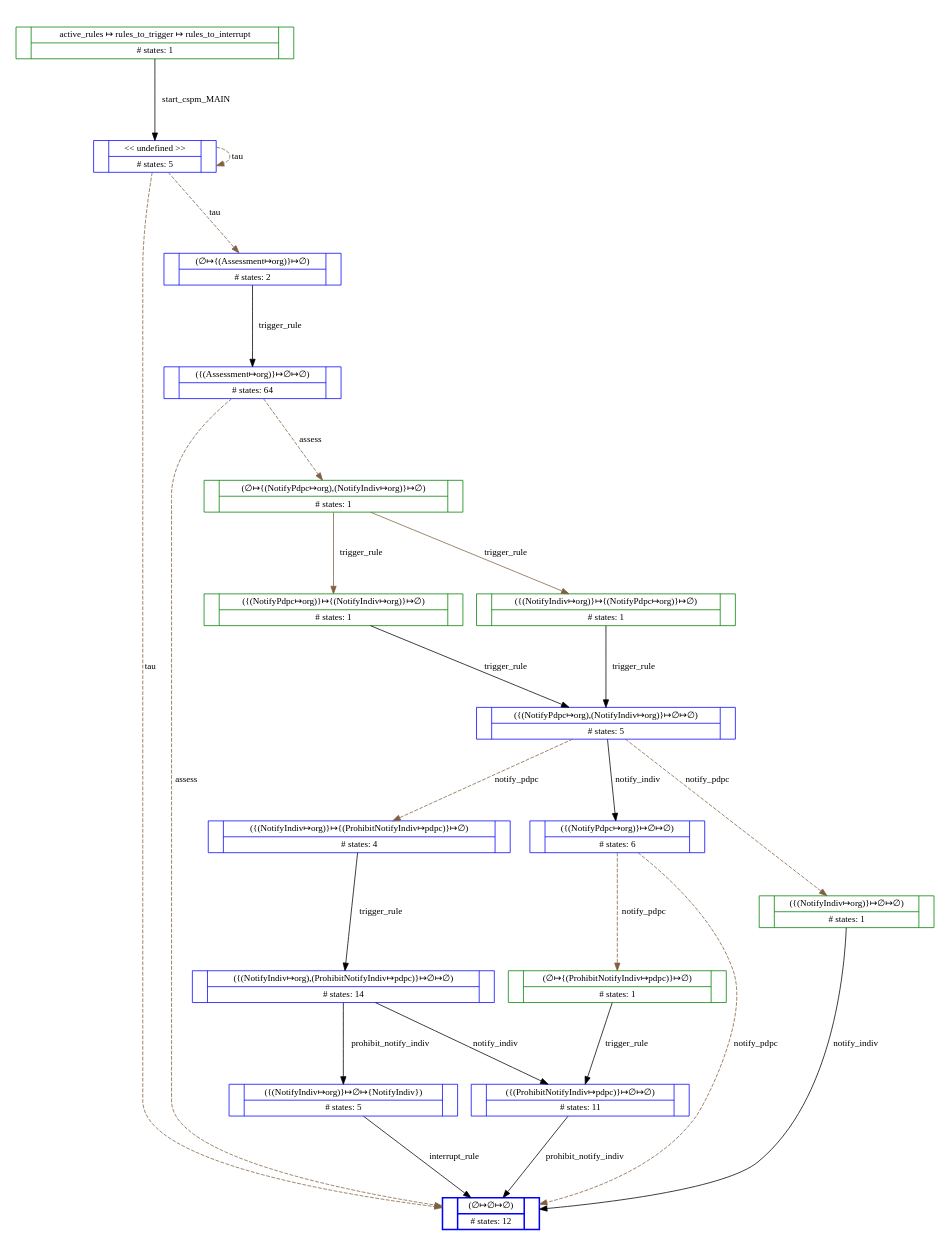
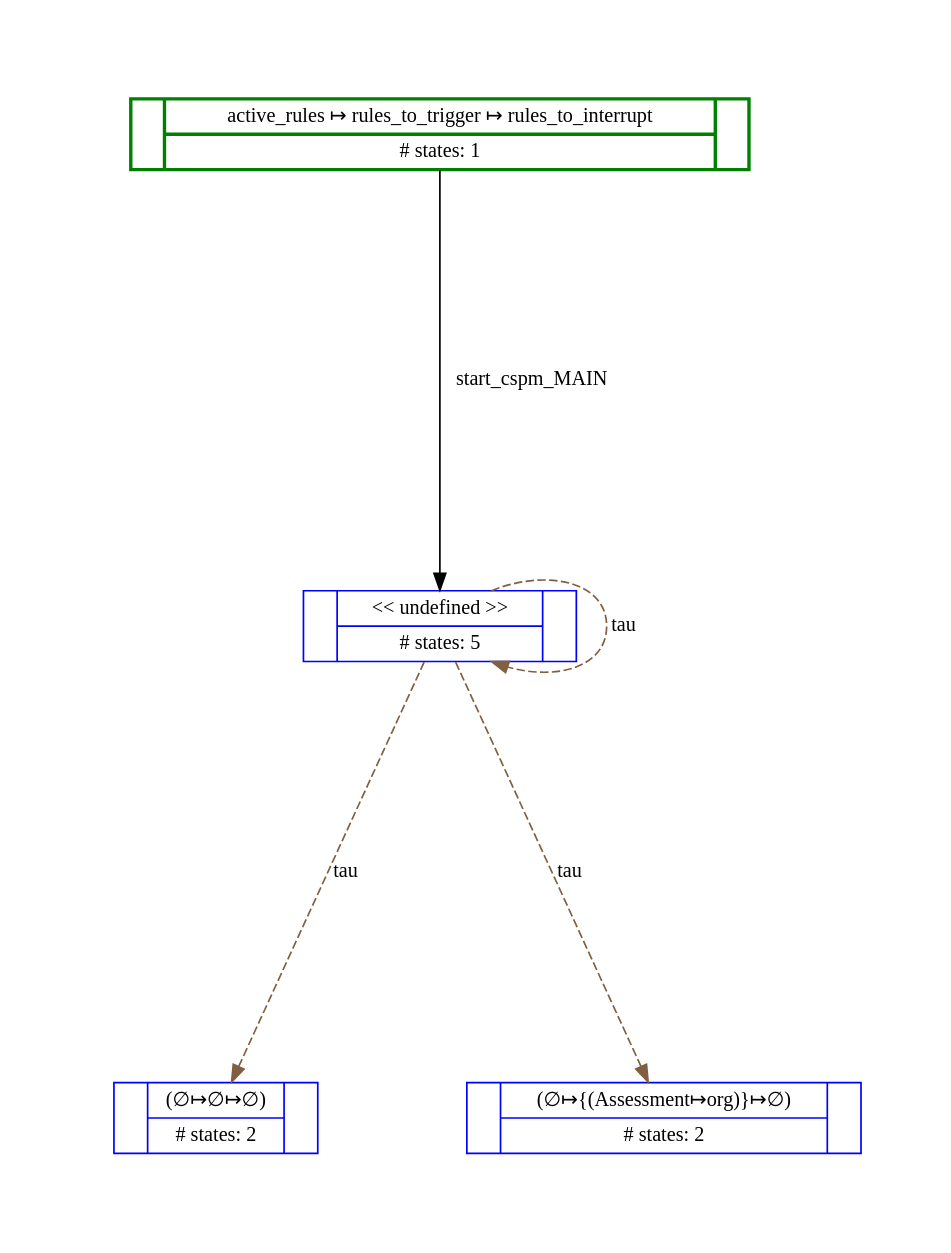
Before and after one commit to smucclaw/sandbox: the diagram in joe/bmethod/prob_projects/classicalb/pdpa/evidence.dot, drawn with Graphviz. The commit also changed 14 other files, not shown here.

```diff
--- a/joe/bmethod/prob_projects/classicalb/pdpa/evidence.dot
+++ b/joe/bmethod/prob_projects/classicalb/pdpa/evidence.dot
@@ -1,44 +1,13 @@
 digraph prob_graph { graph [page="8.5, 11",ratio=fill,size="7.5,10"];
- 1 [shape=record, color="green", fontsize=12, label="|{active_rules &#8614; rules_to_trigger &#8614; rules_to_interrupt\n|# states: 1}|"];
+ 1 [shape=record, style="bold", color="green", fontsize=12, label="|{active_rules &#8614; rules_to_trigger &#8614; rules_to_interrupt\n|# states: 1}|"];
  2 [shape=record, color="blue", fontsize=12, label="|{\<\< undefined \>\>\n|# states: 5}|"];
+ 3 [shape=record, color="blue", fontsize=12, label="|{(&empty;&#8614;&empty;&#8614;&empty;)\n|# states: 2}|"];
  4 [shape=record, color="blue", fontsize=12, label="|{(&empty;&#8614;\{(Assessment&#8614;org)\}&#8614;&empty;)\n|# states: 2}|"];
- 6 [shape=record, color="green", fontsize=12, label="|{(&empty;&#8614;\{(NotifyPdpc&#8614;org),(NotifyIndiv&#8614;org)\}&#8614;&empty;)\n|# states: 1}|"];
- 7 [shape=record, color="green", fontsize=12, label="|{(\{(NotifyPdpc&#8614;org)\}&#8614;\{(NotifyIndiv&#8614;org)\}&#8614;&empty;)\n|# states: 1}|"];
- 8 [shape=record, color="green", fontsize=12, label="|{(\{(NotifyIndiv&#8614;org)\}&#8614;\{(NotifyPdpc&#8614;org)\}&#8614;&empty;)\n|# states: 1}|"];
- 9 [shape=record, color="blue", fontsize=12, label="|{(\{(NotifyPdpc&#8614;org),(NotifyIndiv&#8614;org)\}&#8614;&empty;&#8614;&empty;)\n|# states: 5}|"];
- 10 [shape=record, color="blue", fontsize=12, label="|{(\{(NotifyIndiv&#8614;org)\}&#8614;\{(ProhibitNotifyIndiv&#8614;pdpc)\}&#8614;&empty;)\n|# states: 4}|"];
- 12 [shape=record, color="green", fontsize=12, label="|{(\{(NotifyIndiv&#8614;org)\}&#8614;&empty;&#8614;&empty;)\n|# states: 1}|"];
- 11 [shape=record, color="blue", fontsize=12, label="|{(\{(NotifyPdpc&#8614;org)\}&#8614;&empty;&#8614;&empty;)\n|# states: 6}|"];
- 16 [shape=record, color="green", fontsize=12, label="|{(&empty;&#8614;\{(ProhibitNotifyIndiv&#8614;pdpc)\}&#8614;&empty;)\n|# states: 1}|"];
- 14 [shape=record, color="blue", fontsize=12, label="|{(\{(NotifyIndiv&#8614;org)\}&#8614;&empty;&#8614;\{NotifyIndiv\})\n|# states: 5}|"];
- 13 [shape=record, color="blue", fontsize=12, label="|{(\{(NotifyIndiv&#8614;org),(ProhibitNotifyIndiv&#8614;pdpc)\}&#8614;&empty;&#8614;&empty;)\n|# states: 14}|"];
- 15 [shape=record, color="blue", fontsize=12, label="|{(\{(ProhibitNotifyIndiv&#8614;pdpc)\}&#8614;&empty;&#8614;&empty;)\n|# states: 11}|"];
- 5 [shape=record, color="blue", fontsize=12, label="|{(\{(Assessment&#8614;org)\}&#8614;&empty;&#8614;&empty;)\n|# states: 64}|"];
- 3 [shape=record, style="bold", color="blue", fontsize=12, label="|{(&empty;&#8614;&empty;&#8614;&empty;)\n|# states: 12}|"];
 
 
  1 ->  2 [color="black", label="start_cspm_MAIN", fontsize=12];
  2 ->  2 [color="#806040",style="dashed", label="tau", fontsize=12];
  2 ->  3 [color="#806040",style="dashed", label="tau", fontsize=12];
  2 ->  4 [color="#806040",style="dashed", label="tau", fontsize=12];
- 4 ->  5 [color="black", label="trigger_rule", fontsize=12];
- 5 ->  6 [color="#806040",style="dashed", label="assess", fontsize=12];
- 6 ->  7 [color="#806040", label="trigger_rule", fontsize=12];
- 6 ->  8 [color="#806040", label="trigger_rule", fontsize=12];
- 5 ->  3 [color="#806040",style="dashed", label="assess", fontsize=12];
- 7 ->  9 [color="black", label="trigger_rule", fontsize=12];
- 8 ->  9 [color="black", label="trigger_rule", fontsize=12];
- 9 ->  10 [color="#806040",style="dashed", label="notify_pdpc", fontsize=12];
- 9 ->  11 [color="black", label="notify_indiv", fontsize=12];
- 10 ->  13 [color="black", label="trigger_rule", fontsize=12];
- 11 ->  16 [color="#806040",style="dashed", label="notify_pdpc", fontsize=12];
- 9 ->  12 [color="#806040",style="dashed", label="notify_pdpc", fontsize=12];
- 12 ->  3 [color="black", label="notify_indiv", fontsize=12];
- 11 ->  3 [color="#806040",style="dashed", label="notify_pdpc", fontsize=12];
- 13 ->  14 [color="black", label="prohibit_notify_indiv", fontsize=12];
- 13 ->  15 [color="black", label="notify_indiv", fontsize=12];
- 14 ->  3 [color="black", label="interrupt_rule", fontsize=12];
- 15 ->  3 [color="black", label="prohibit_notify_indiv", fontsize=12];
- 16 ->  15 [color="black", label="trigger_rule", fontsize=12];
 
 }
```
